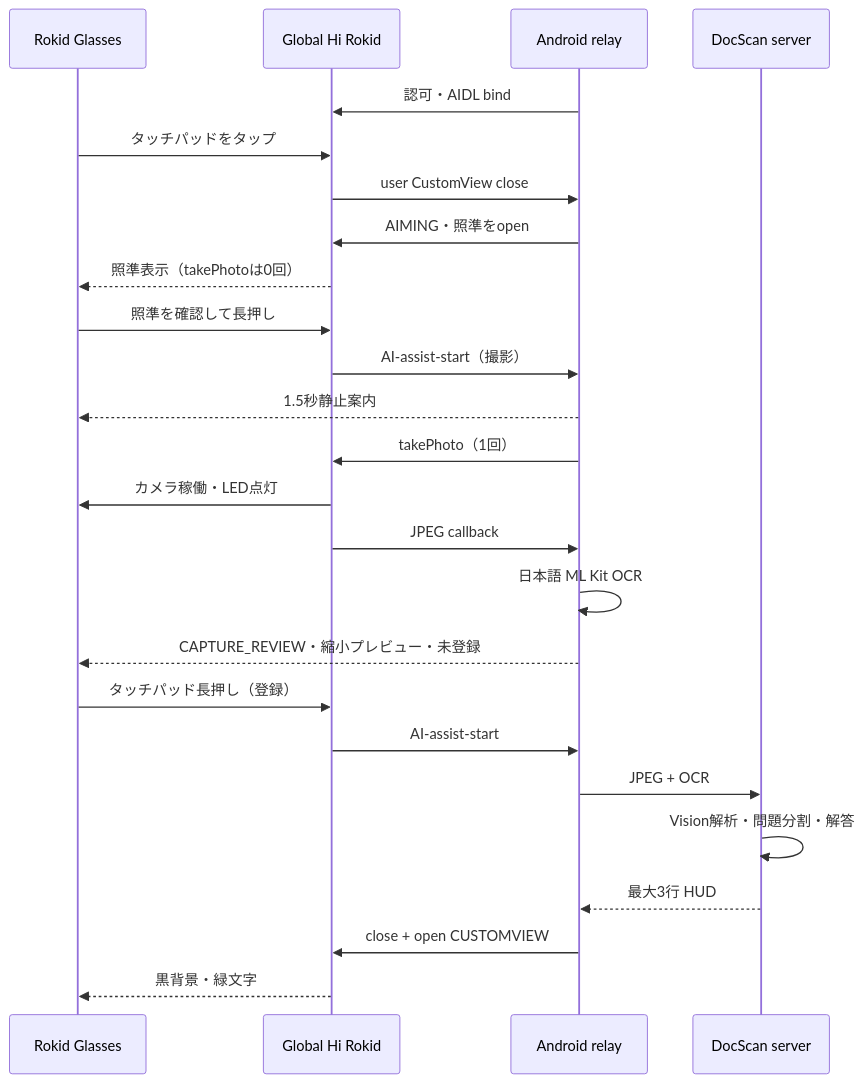
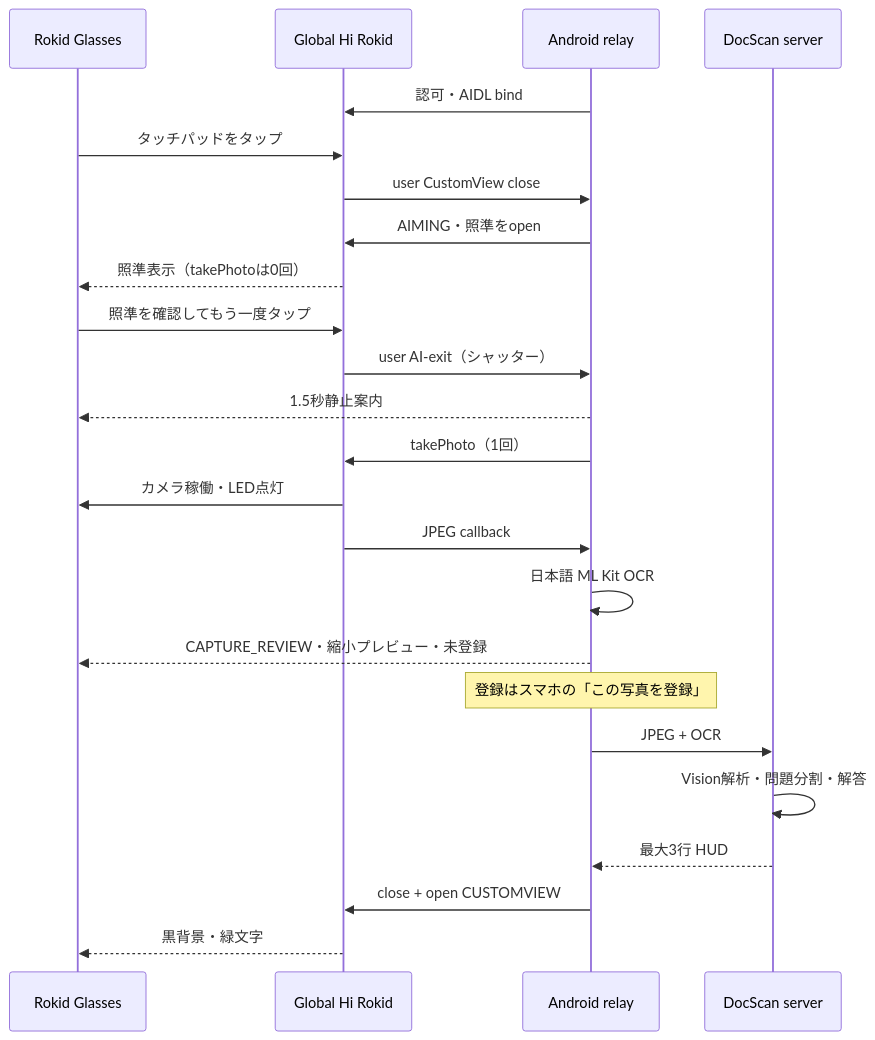
The diagram in docs/cxr-l-integration.md (TroroOrosi/rokid-docscan-starter), drawn with Mermaid before and after one commit. The commit also changed other lines of this file and 6 other files, not shown here.

````diff
--- a/docs/cxr-l-integration.md
+++ b/docs/cxr-l-integration.md
@@ -43,28 +43,27 @@
 ```mermaid
 sequenceDiagram
     participant G as Rokid Glasses
     participant H as Global Hi Rokid
     participant R as Android relay
     participant S as DocScan server
 
     R->>H: 認可・AIDL bind
     G->>H: タッチパッドをタップ
     H->>R: user CustomView close
     R->>H: AIMING・照準をopen
     H-->>G: 照準表示（takePhotoは0回）
-    G->>H: 照準を確認して長押し
-    H->>R: AI-assist-start（撮影）
+    G->>H: 照準を確認してもう一度タップ
+    H->>R: user AI-exit（シャッター）
     R-->>G: 1.5秒静止案内
     R->>H: takePhoto（1回）
     H->>G: カメラ稼働・LED点灯
     H->>R: JPEG callback
     R->>R: 日本語 ML Kit OCR
     R-->>G: CAPTURE_REVIEW・縮小プレビュー・未登録
-    G->>H: タッチパッド長押し（登録）
-    H->>R: AI-assist-start
+    Note over R: 登録はスマホの「この写真を登録」
     R->>S: JPEG + OCR
     S->>S: Vision解析・問題分割・解答
     S-->>R: 最大3行 HUD
     R->>H: close + open CUSTOMVIEW
     H-->>G: 黒背景・緑文字
 ```
````
